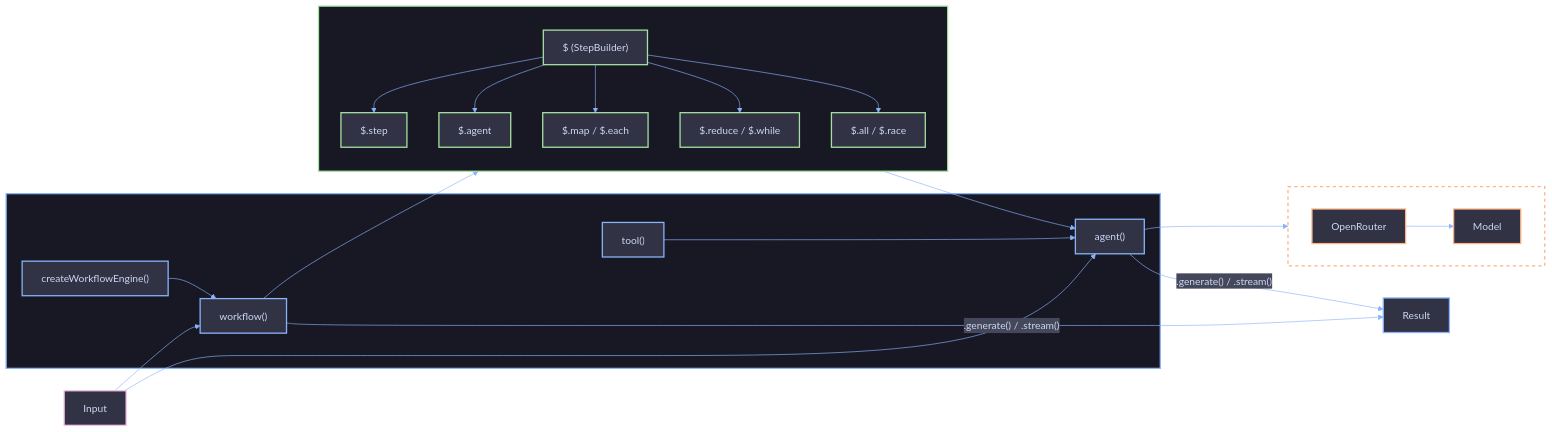
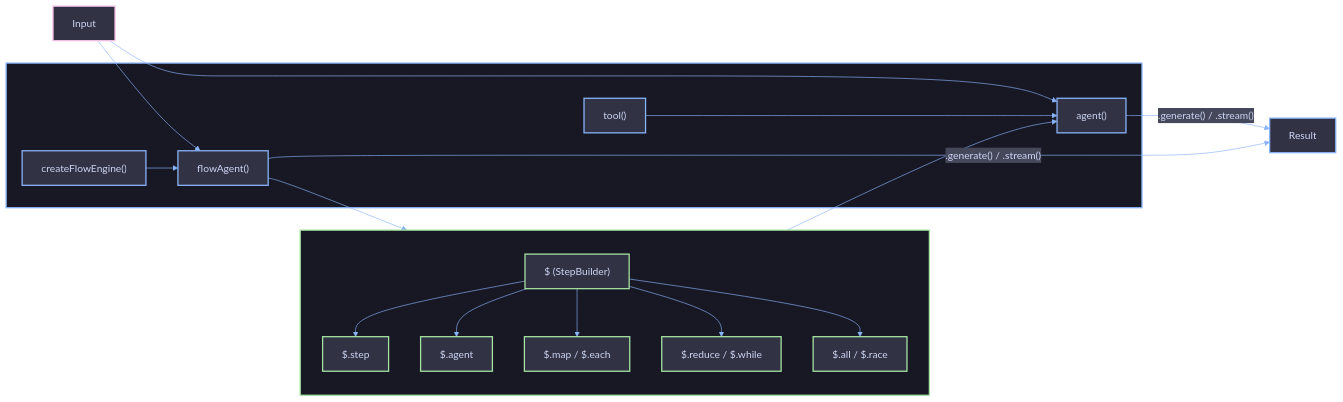
The diagram in packages/agents/docs/overview.md (joggrdocs/funkai), drawn with Mermaid before and after one commit. The commit also changed other lines of this file and 101 other files, not shown here.

````diff
--- a/packages/agents/docs/overview.md
+++ b/packages/agents/docs/overview.md
@@ -19,64 +7,55 @@
 ```mermaid
 %%{init: {
   'theme': 'base',
   'themeVariables': {
     'primaryColor': '#313244',
     'primaryTextColor': '#cdd6f4',
     'primaryBorderColor': '#6c7086',
     'lineColor': '#89b4fa',
     'secondaryColor': '#45475a',
     'tertiaryColor': '#1e1e2e',
     'background': '#1e1e2e',
     'mainBkg': '#313244',
     'clusterBkg': '#1e1e2e',
     'clusterBorder': '#45475a'
   },
   'flowchart': { 'curve': 'basis', 'padding': 15 }
 }}%%
 
 flowchart LR
   Input:::external
 
   subgraph core [" "]
     tool["tool()"]:::coreNode
     agent["agent()"]:::coreNode
-    workflow["workflow()"]:::coreNode
-    engine["createWorkflowEngine()"]:::coreNode
+    flowAgent["flowAgent()"]:::coreNode
+    engine["createFlowEngine()"]:::coreNode
   end
 
   subgraph steps [" "]
     direction TB
     dollar["$ (StepBuilder)"]:::step
     stepOp["$.step"]:::step
     agentOp["$.agent"]:::step
     mapOp["$.map / $.each"]:::step
     reduceOp["$.reduce / $.while"]:::step
     concOp["$.all / $.race"]:::step
   end
 
-  subgraph provider [" "]
-    direction LR
-    OpenRouter:::gateway
-    Model:::gateway
-  end
-
   Input --> agent
-  Input --> workflow
+  Input --> flowAgent
   agent -- ".generate() / .stream()" --> Result:::coreNode
-  workflow -- ".generate() / .stream()" --> Result
-  engine --> workflow
-  workflow --> dollar
+  flowAgent -- ".generate() / .stream()" --> Result
+  engine --> flowAgent
+  flowAgent --> dollar
   dollar --> stepOp & agentOp & mapOp & reduceOp & concOp
   agentOp --> agent
   tool --> agent
-  agent --> OpenRouter --> Model
 
   classDef external fill:#313244,stroke:#f5c2e7,stroke-width:2px,color:#cdd6f4
   classDef coreNode fill:#313244,stroke:#89b4fa,stroke-width:2px,color:#cdd6f4
   classDef step fill:#313244,stroke:#a6e3a1,stroke-width:2px,color:#cdd6f4
-  classDef gateway fill:#313244,stroke:#fab387,stroke-width:2px,color:#cdd6f4
 
   style core fill:#181825,stroke:#89b4fa,stroke-width:2px
   style steps fill:#181825,stroke:#a6e3a1,stroke-width:2px
-  style provider fill:none,stroke:#fab387,stroke-width:2px,stroke-dasharray:5 5
 ```
````
